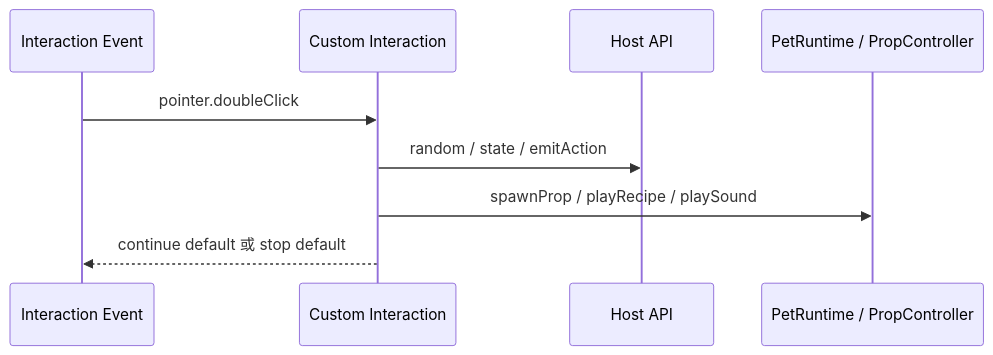
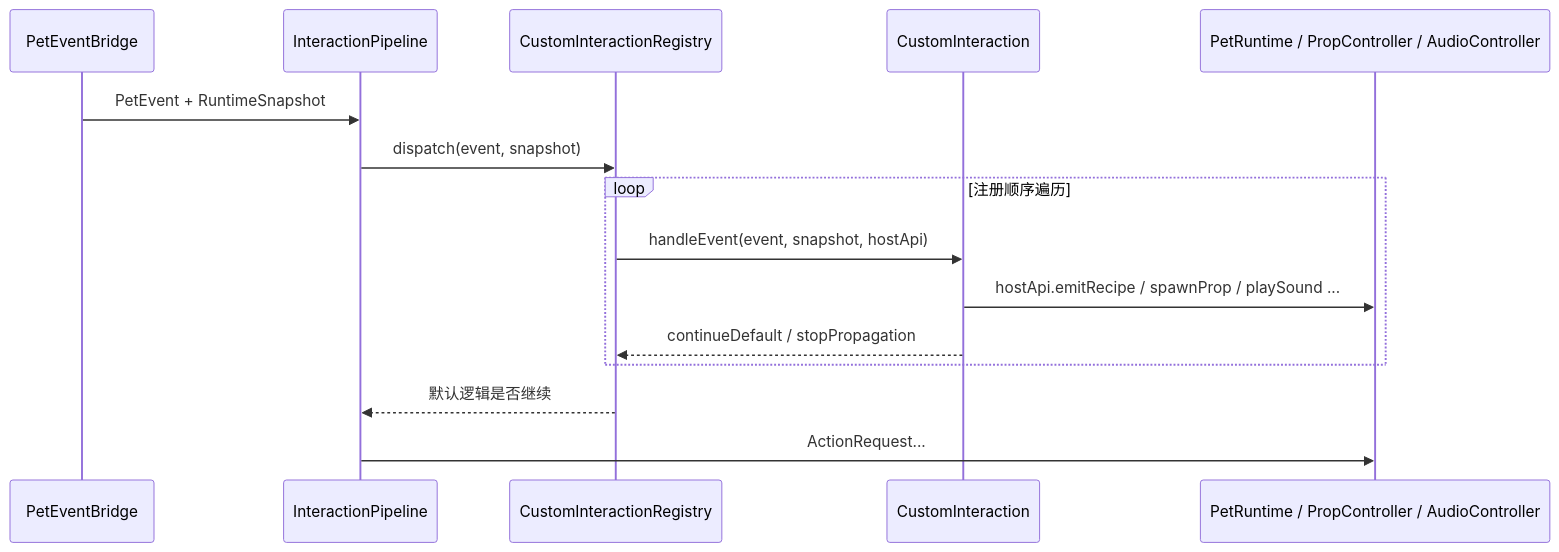
Before and after one commit to tiantian180/MilesEdgeworth: the fourth of 4 diagrams in docs/v2/设计方案/皮肤包播放行为设计.md, drawn with Mermaid. The commit also changed other lines of this file and 36 other files, not shown here.

Commit message:
test: add architecture guardrails

````diff
--- a/docs/v2/设计方案/皮肤包播放行为设计.md
+++ b/docs/v2/设计方案/皮肤包播放行为设计.md
@@ -350,12 +396,18 @@
 ```mermaid
 sequenceDiagram
-    participant Event as Interaction Event
-    participant Handler as Custom Interaction
-    participant Host as Host API
-    participant Runtime as PetRuntime / PropController
+    participant Bridge as PetEventBridge
+    participant Pipeline as InteractionPipeline
+    participant Registry as CustomInteractionRegistry
+    participant CI as CustomInteraction
+    participant Runtime as PetRuntime / PropController / AudioController
 
-    Event->>Handler: pointer.doubleClick
-    Handler->>Host: random / state / emitAction
-    Handler->>Runtime: spawnProp / playRecipe / playSound
-    Handler-->>Event: continue default 或 stop default
+    Bridge->>Pipeline: PetEvent + RuntimeSnapshot
+    Pipeline->>Registry: dispatch(event, snapshot)
+    loop 注册顺序遍历
+        Registry->>CI: handleEvent(event, snapshot, hostApi)
+        CI->>Runtime: hostApi.emitRecipe / spawnProp / playSound ...
+        CI-->>Registry: continueDefault / stopPropagation
+    end
+    Registry-->>Pipeline: 默认逻辑是否继续
+    Pipeline->>Runtime: ActionRequest...
 ```
````
